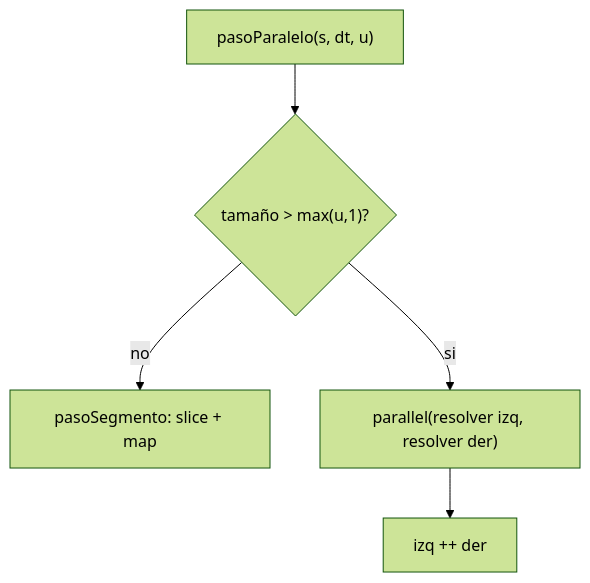
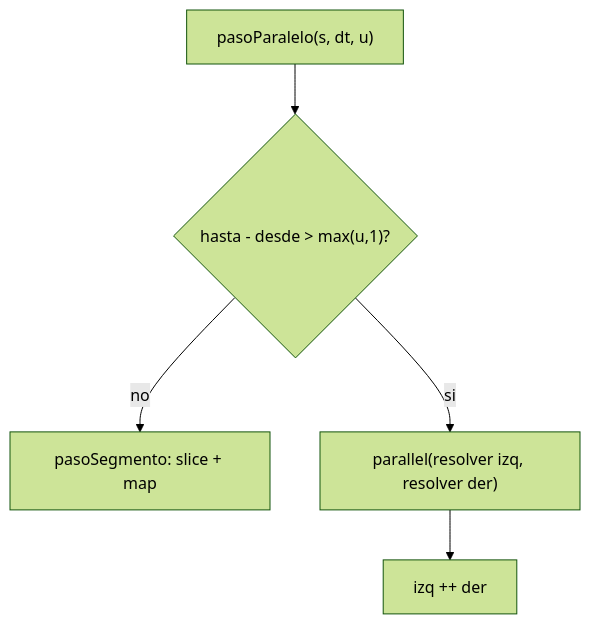
One commit to Sgv-star/pfc-taller-4-simulacion-particulas changed the diagram in docs/paralelizacion.md. Above: the diagram before and after it, drawn with Mermaid (forest theme). The commit also changed other lines of this file, not shown here.

````diff
--- a/docs/paralelizacion.md
+++ b/docs/paralelizacion.md
@@ -232,7 +112,7 @@
 ```mermaid
 graph TD
-    A["pasoParalelo(s, dt, u)"] --> B{"tamaño > max(u,1)?"}
+    A["pasoParalelo(s, dt, u)"] --> B{"hasta - desde > max(u,1)?"}
     B -- no --> C["pasoSegmento: slice + map"]
     B -- si --> D["parallel(resolver izq, resolver der)"]
     D --> E["izq ++ der"]
 ```
````
